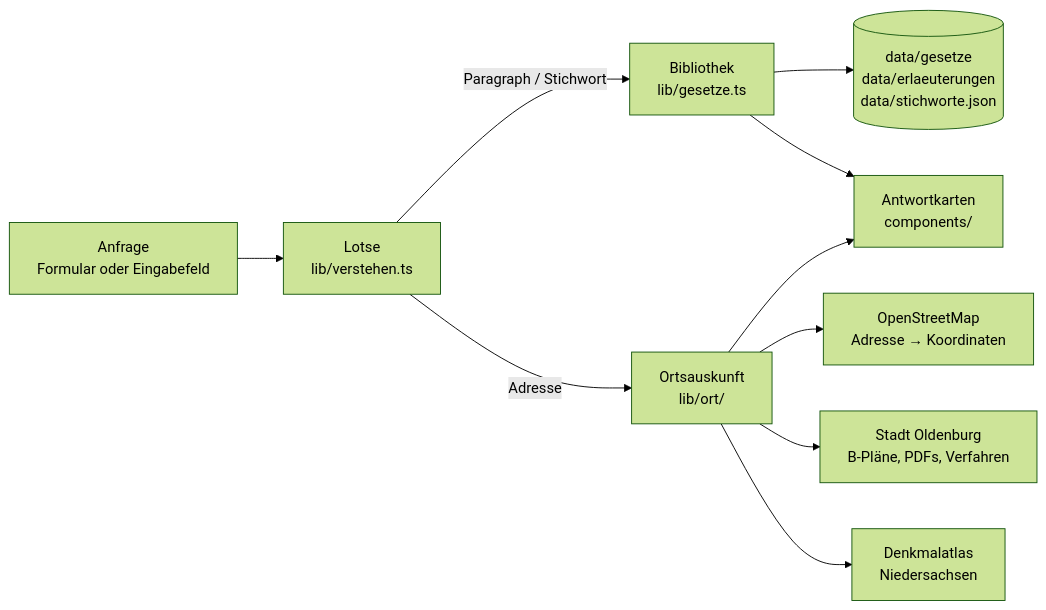
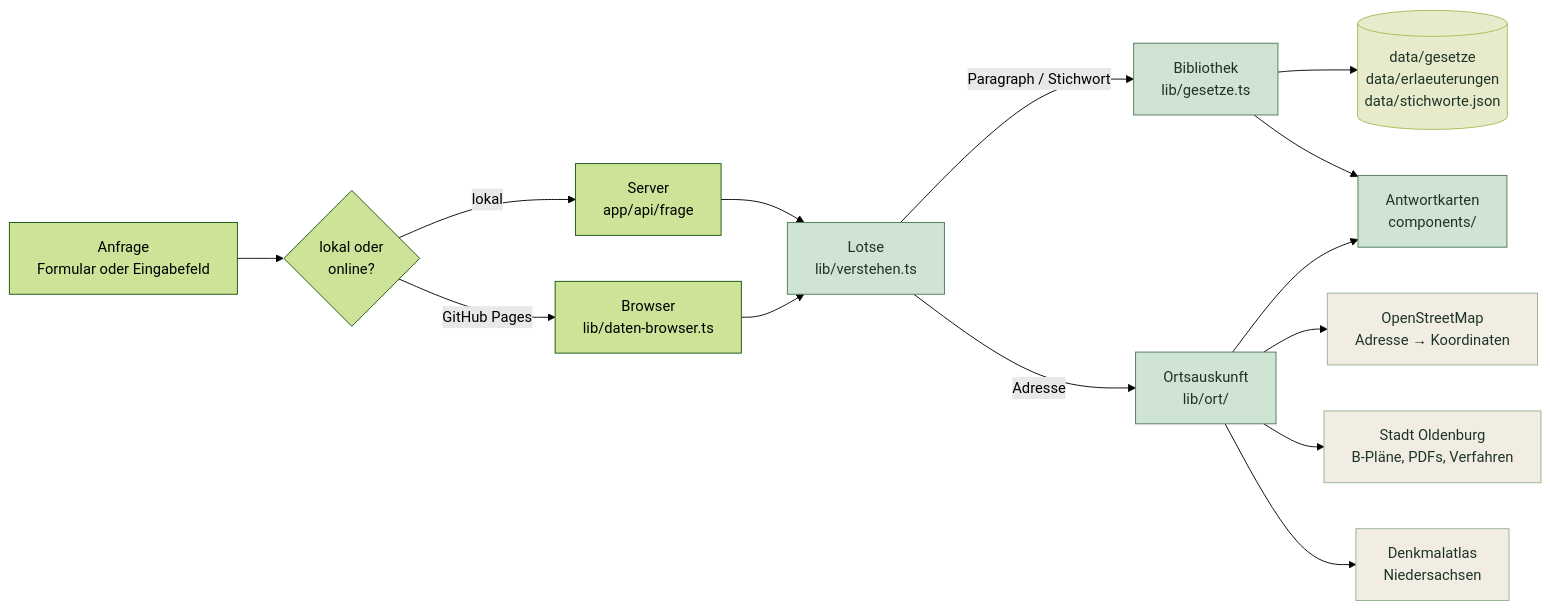
The diagram in README.md (Jade-HS-Vibecoding-WPK/Bau-Normen), drawn with Mermaid (forest theme) before and after one commit. The commit also changed other lines of this file and 48 other files, not shown here.

First line of the commit message:
Organic-Design in Pastell, GitHub Pages, Karte, Hell/Dunkel, Deutsch/Englisch

````diff
--- a/README.md
+++ b/README.md
@@ -89,12 +196,22 @@
 ```mermaid
 flowchart LR
-  A[Anfrage<br/>Formular oder Eingabefeld] --> L[Lotse<br/>lib/verstehen.ts]
-  L -->|Paragraph / Stichwort| B[Bibliothek<br/>lib/gesetze.ts]
-  B --> D[(data/gesetze<br/>data/erlaeuterungen<br/>data/stichworte.json)]
-  L -->|Adresse| O[Ortsauskunft<br/>lib/ort/]
-  O --> N[OpenStreetMap<br/>Adresse → Koordinaten]
-  O --> S[Stadt Oldenburg<br/>B-Pläne, PDFs, Verfahren]
-  O --> M[Denkmalatlas<br/>Niedersachsen]
-  B --> K[Antwortkarten<br/>components/]
+  A["Anfrage<br/>Formular oder Eingabefeld"] --> W{"lokal oder<br/>online?"}
+  W -->|"lokal"| R["Server<br/>app/api/frage"]
+  W -->|"GitHub Pages"| BR["Browser<br/>lib/daten-browser.ts"]
+  R --> L["Lotse<br/>lib/verstehen.ts"]
+  BR --> L
+  L -->|"Paragraph / Stichwort"| B["Bibliothek<br/>lib/gesetze.ts"]
+  B --> D[("data/gesetze<br/>data/erlaeuterungen<br/>data/stichworte.json")]
+  L -->|"Adresse"| O["Ortsauskunft<br/>lib/ort/"]
+  O --> N["OpenStreetMap<br/>Adresse → Koordinaten"]
+  O --> S["Stadt Oldenburg<br/>B-Pläne, PDFs, Verfahren"]
+  O --> M["Denkmalatlas<br/>Niedersachsen"]
+  B --> K["Antwortkarten<br/>components/"]
   O --> K
+  classDef kern fill:#cfe4d3,stroke:#4d7858,color:#1e3428
+  classDef daten fill:#e7ebcb,stroke:#a7bb57,color:#1e3428
+  classDef dienst fill:#f1ede2,stroke:#92b38e,color:#1e3428
+  class L,B,O,K kern
+  class D daten
+  class N,S,M dienst
 ```
````
